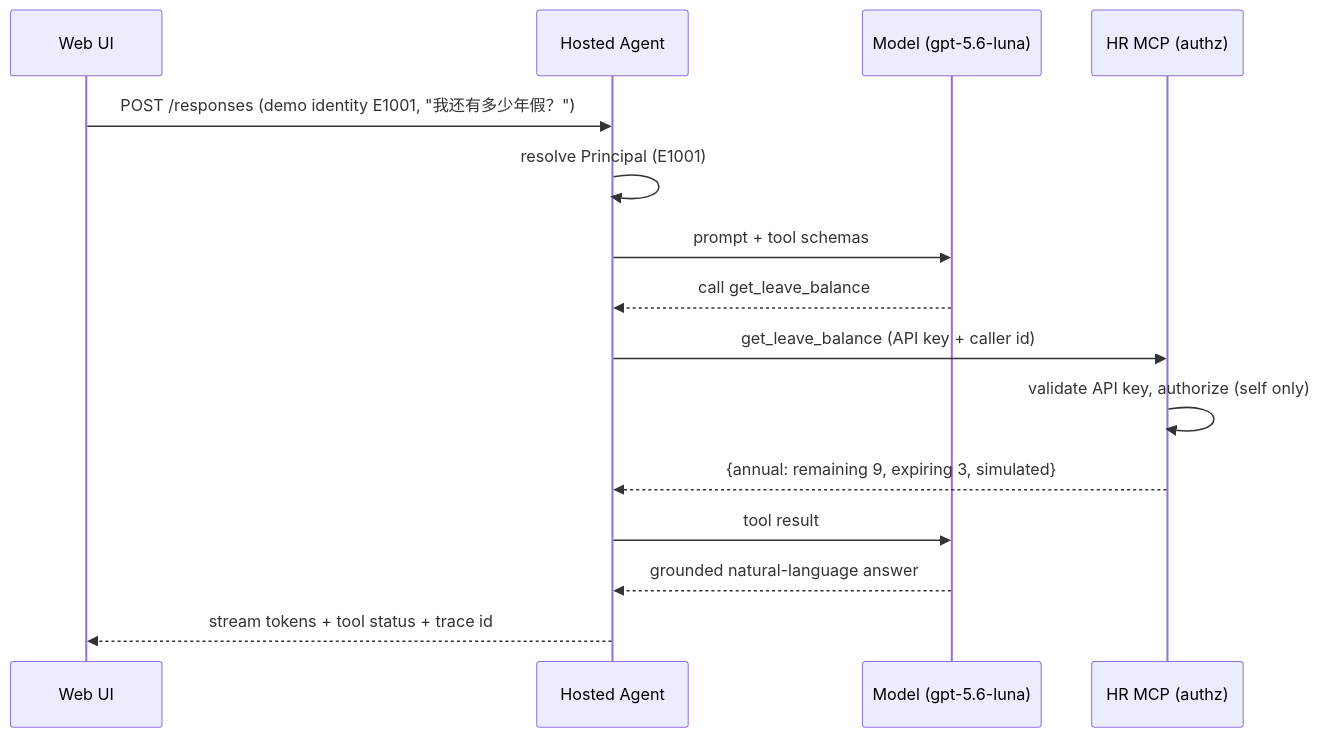
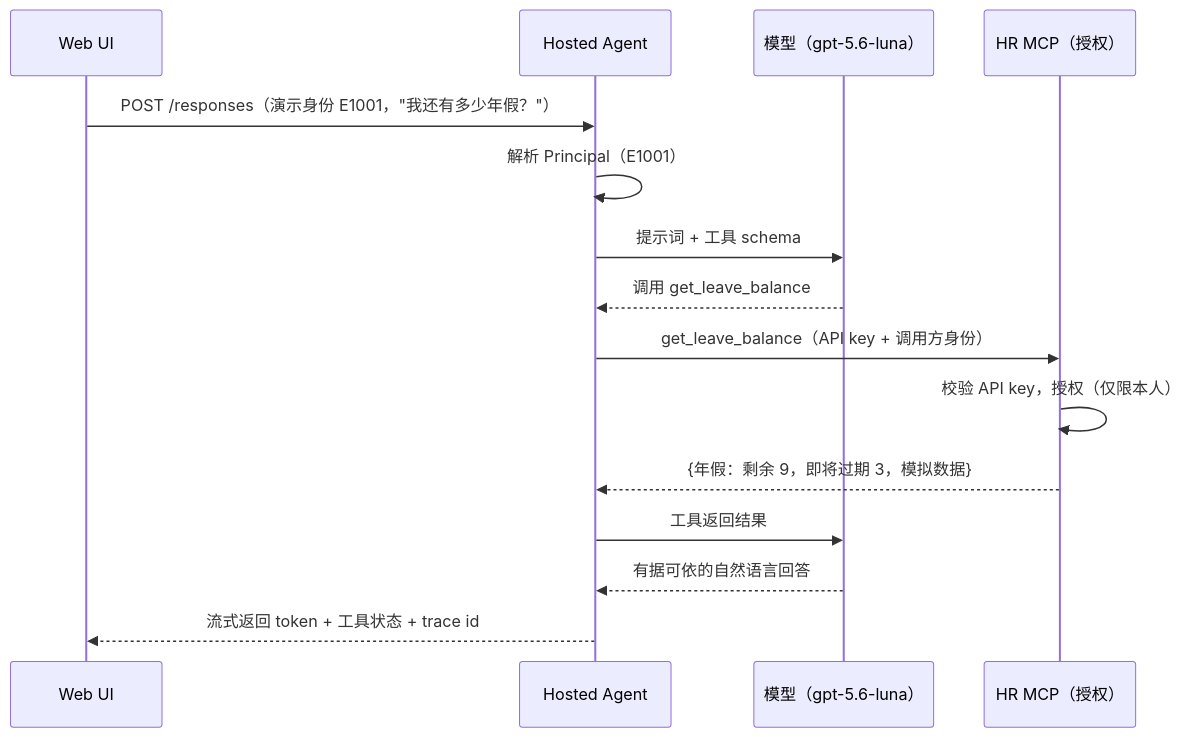
Before and after one commit to helloluna1230/LeaveAssistantAgent: the second of 2 diagrams in docs/architecture.md, drawn with Mermaid. The commit also changed other lines of this file and 4 other files, not shown here.

````diff
--- a/docs/architecture.md
+++ b/docs/architecture.md
@@ -34,17 +34,17 @@
 ```mermaid
 sequenceDiagram
     participant U as Web UI
     participant A as Hosted Agent
-    participant M as Model (gpt-5.6-luna)
-    participant S as HR MCP (authz)
-    U->>A: POST /responses (demo identity E1001, "我还有多少年假？")
-    A->>A: resolve Principal (E1001)
-    A->>M: prompt + tool schemas
-    M-->>A: call get_leave_balance
-    A->>S: get_leave_balance (API key + caller id)
-    S->>S: validate API key, authorize (self only)
-    S-->>A: {annual: remaining 9, expiring 3, simulated}
-    A->>M: tool result
-    M-->>A: grounded natural-language answer
-    A-->>U: stream tokens + tool status + trace id
+    participant M as 模型（gpt-5.6-luna）
+    participant S as HR MCP（授权）
+    U->>A: POST /responses（演示身份 E1001，"我还有多少年假？"）
+    A->>A: 解析 Principal（E1001）
+    A->>M: 提示词 + 工具 schema
+    M-->>A: 调用 get_leave_balance
+    A->>S: get_leave_balance（API key + 调用方身份）
+    S->>S: 校验 API key，授权（仅限本人）
+    S-->>A: {年假：剩余 9，即将过期 3，模拟数据}
+    A->>M: 工具返回结果
+    M-->>A: 有据可依的自然语言回答
+    A-->>U: 流式返回 token + 工具状态 + trace id
 ```
````
